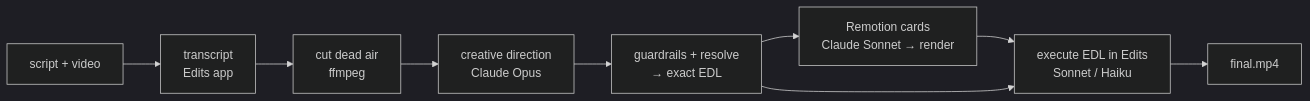
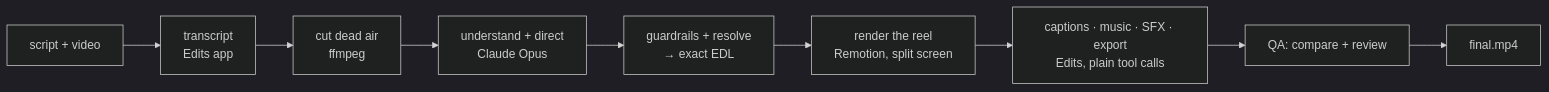
One commit to yashm1/instaedits changed the diagram in README.md. Above: the diagram before and after it, drawn with Mermaid (dark theme). The commit also changed other lines of this file and 37 other files, not shown here.

First line of the commit message:
feat: high-quality reels — split-screen Remotion render, deterministic Edits executor, Hinglish captions, real screenshots, QA

````diff
--- a/README.md
+++ b/README.md
@@ -88,11 +101,11 @@
 ```mermaid
 flowchart LR
   A[script + video] --> B[transcript<br/>Edits app]
   B --> C[cut dead air<br/>ffmpeg]
-  C --> D[creative direction<br/>Claude Opus]
+  C --> D[understand + direct<br/>Claude Opus]
   D --> E[guardrails + resolve<br/>→ exact EDL]
-  E --> F[Remotion cards<br/>Claude Sonnet → render]
-  F --> G[execute EDL in Edits<br/>Sonnet / Haiku]
-  E --> G
-  G --> H[final.mp4]
+  E --> F[render the reel<br/>Remotion, split screen]
+  F --> G[captions · music · SFX · export<br/>Edits, plain tool calls]
+  G --> H[QA: compare + review]
+  H --> I[final.mp4]
 ```
````
